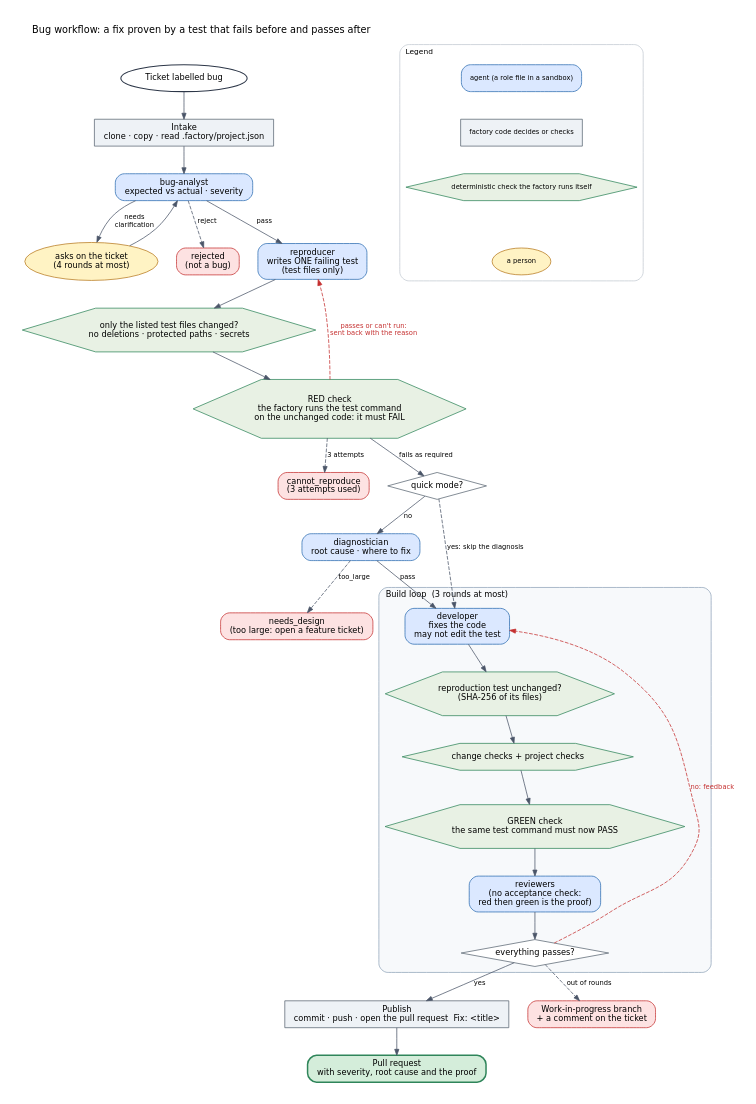
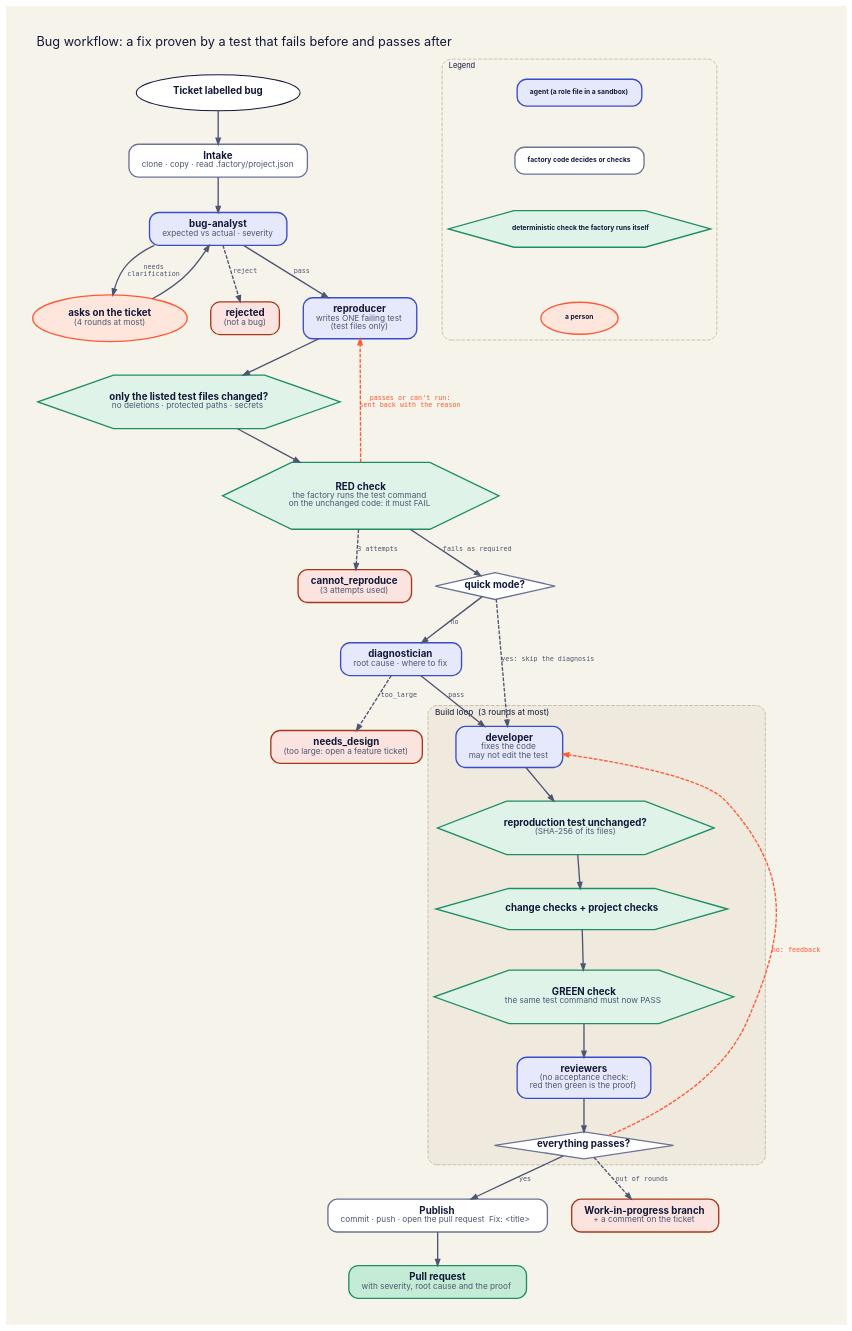
One commit to ai-sdlc-factory/ai-sdlc-factory changed the diagram in docs/diagrams/bug-workflow.dot. Above: the diagram before and after it, drawn with Graphviz. The commit also changed 24 other files, not shown here.

First line of the commit message:
Restyle docs diagrams to match the website

```diff
--- a/docs/diagrams/bug-workflow.dot
+++ b/docs/diagrams/bug-workflow.dot
@@ -1,59 +1,59 @@
 digraph bug_workflow {
-  graph [rankdir=TB, fontname="DejaVu Sans", fontsize=13, bgcolor=white, pad=0.3, nodesep=0.35, ranksep=0.5, labelloc=t, labeljust=l, compound=true];
-  node  [fontname="DejaVu Sans", fontsize=11, shape=box, style="rounded,filled", margin="0.15,0.08", fillcolor="#eef2f6", color="#5b6773"];
-  edge  [fontname="DejaVu Sans", fontsize=9, color="#4a5568", arrowsize=0.8];
+  graph [rankdir=TB, fontname="Inter",  bgcolor="#f6f3ea", pad=0.5, nodesep=0.45, ranksep=0.60, fontcolor="#12183a", fontsize=17, labelloc=t, labeljust=l, compound=true];
+  node  [fontname="Inter", fontsize=13, fontcolor="#12183a", penwidth=1.8, shape=box, style="rounded,filled", margin="0.24,0.14", fillcolor="#ffffff", color="#6b7494"];
+  edge  [fontname="DejaVu Sans Mono", fontsize=9, fontcolor="#4f5673", penwidth=1.8, arrowhead=normal, color="#4f5673", arrowsize=0.8];
   label="Bug workflow: a fix proven by a test that fails before and passes after";
 
-  start   [label="Ticket labelled bug", shape=oval, style="filled", fillcolor="#ffffff", color="#2d3748", penwidth=1.4];
-  intake  [label="Intake\nclone · copy · read .factory/project.json", shape=box, style="filled", fillcolor="#eef2f6", color="#5b6773"];
-  banalyst[label="bug-analyst\nexpected vs actual · severity", shape=box, style="rounded,filled", fillcolor="#dbe8ff", color="#2b6cb0"];
-  ask1    [label="asks on the ticket\n(4 rounds at most)", shape=ellipse, style="filled", fillcolor="#fff3c4", color="#b7791f"];
-  rej     [label="rejected\n(not a bug)", shape=box, style="rounded,filled", fillcolor="#fde2e2", color="#c53030"];
-  repro   [label="reproducer\nwrites ONE failing test\n(test files only)", shape=box, style="rounded,filled", fillcolor="#dbe8ff", color="#2b6cb0"];
-  files   [label="only the listed test files changed?\nno deletions · protected paths · secrets", shape=hexagon, style="filled", fillcolor="#e8f1e4", color="#2f855a"];
-  red     [label="RED check\nthe factory runs the test command\non the unchanged code: it must FAIL", shape=hexagon, style="filled", fillcolor="#e8f1e4", color="#2f855a"];
-  cannot  [label="cannot_reproduce\n(3 attempts used)", shape=box, style="rounded,filled", fillcolor="#fde2e2", color="#c53030"];
-  quick   [label="quick mode?", shape=diamond, style="filled", fillcolor="#ffffff", color="#5b6773", margin="0.05,0.05"];
-  diag    [label="diagnostician\nroot cause · where to fix", shape=box, style="rounded,filled", fillcolor="#dbe8ff", color="#2b6cb0"];
-  large   [label="needs_design\n(too large: open a feature ticket)", shape=box, style="rounded,filled", fillcolor="#fde2e2", color="#c53030"];
+  start   [label=<<B>Ticket labelled bug</B>>, shape=oval, style="filled", fillcolor="#ffffff", color="#12183a", penwidth=1.4];
+  intake  [label=<<B>Intake</B><BR/><FONT COLOR="#4f5673" POINT-SIZE="11">clone · copy · read .factory/project.json</FONT>>, shape=box, style="rounded,filled", fillcolor="#ffffff", color="#6b7494"];
+  banalyst[label=<<B>bug-analyst</B><BR/><FONT COLOR="#4f5673" POINT-SIZE="11">expected vs actual · severity</FONT>>, shape=box, style="rounded,filled", fillcolor="#e6e9fb", color="#3b4cca"];
+  ask1    [label=<<B>asks on the ticket</B><BR/><FONT COLOR="#4f5673" POINT-SIZE="11">(4 rounds at most)</FONT>>, shape=ellipse, style="filled", fillcolor="#ffe6dd", color="#ff5a36"];
+  rej     [label=<<B>rejected</B><BR/><FONT COLOR="#4f5673" POINT-SIZE="11">(not a bug)</FONT>>, shape=box, style="rounded,filled", fillcolor="#fbe3df", color="#a8381b"];
+  repro   [label=<<B>reproducer</B><BR/><FONT COLOR="#4f5673" POINT-SIZE="11">writes ONE failing test</FONT><BR/><FONT COLOR="#4f5673" POINT-SIZE="11">(test files only)</FONT>>, shape=box, style="rounded,filled", fillcolor="#e6e9fb", color="#3b4cca"];
+  files   [label=<<B>only the listed test files changed?</B><BR/><FONT COLOR="#4f5673" POINT-SIZE="11">no deletions · protected paths · secrets</FONT>>, shape=hexagon, style="filled", fillcolor="#dff3e9", color="#1f8f63"];
+  red     [label=<<B>RED check</B><BR/><FONT COLOR="#4f5673" POINT-SIZE="11">the factory runs the test command</FONT><BR/><FONT COLOR="#4f5673" POINT-SIZE="11">on the unchanged code: it must FAIL</FONT>>, shape=hexagon, style="filled", fillcolor="#dff3e9", color="#1f8f63"];
+  cannot  [label=<<B>cannot_reproduce</B><BR/><FONT COLOR="#4f5673" POINT-SIZE="11">(3 attempts used)</FONT>>, shape=box, style="rounded,filled", fillcolor="#fbe3df", color="#a8381b"];
+  quick   [label=<<B>quick mode?</B>>, shape=diamond, style="filled", fillcolor="#ffffff", color="#6b7494", margin="0.05,0.05"];
+  diag    [label=<<B>diagnostician</B><BR/><FONT COLOR="#4f5673" POINT-SIZE="11">root cause · where to fix</FONT>>, shape=box, style="rounded,filled", fillcolor="#e6e9fb", color="#3b4cca"];
+  large   [label=<<B>needs_design</B><BR/><FONT COLOR="#4f5673" POINT-SIZE="11">(too large: open a feature ticket)</FONT>>, shape=box, style="rounded,filled", fillcolor="#fbe3df", color="#a8381b"];
 
   subgraph cluster_build {
-    label="Build loop  (3 rounds at most)"; style="rounded,filled"; color="#8fa3b8"; fillcolor="#f7f9fb"; fontsize=11;
-    developer[label="developer\nfixes the code\nmay not edit the test", shape=box, style="rounded,filled", fillcolor="#dbe8ff", color="#2b6cb0"];
-    tamper   [label="reproduction test unchanged?\n(SHA-256 of its files)", shape=hexagon, style="filled", fillcolor="#e8f1e4", color="#2f855a"];
-    gates    [label="change checks + project checks", shape=hexagon, style="filled", fillcolor="#e8f1e4", color="#2f855a"];
-    green    [label="GREEN check\nthe same test command must now PASS", shape=hexagon, style="filled", fillcolor="#e8f1e4", color="#2f855a"];
-    reviewers[label="reviewers\n(no acceptance check:\nred then green is the proof)", shape=box, style="rounded,filled", fillcolor="#dbe8ff", color="#2b6cb0"];
-    ok       [label="everything passes?", shape=diamond, style="filled", fillcolor="#ffffff", color="#5b6773", margin="0.05,0.05"];
+    label="Build loop  (3 rounds at most)"; style="rounded,filled,dashed"; color="#b9b29c"; fillcolor="#efeadd"; fontsize=11;
+    developer[label=<<B>developer</B><BR/><FONT COLOR="#4f5673" POINT-SIZE="11">fixes the code</FONT><BR/><FONT COLOR="#4f5673" POINT-SIZE="11">may not edit the test</FONT>>, shape=box, style="rounded,filled", fillcolor="#e6e9fb", color="#3b4cca"];
+    tamper   [label=<<B>reproduction test unchanged?</B><BR/><FONT COLOR="#4f5673" POINT-SIZE="11">(SHA-256 of its files)</FONT>>, shape=hexagon, style="filled", fillcolor="#dff3e9", color="#1f8f63"];
+    gates    [label=<<B>change checks + project checks</B>>, shape=hexagon, style="filled", fillcolor="#dff3e9", color="#1f8f63"];
+    green    [label=<<B>GREEN check</B><BR/><FONT COLOR="#4f5673" POINT-SIZE="11">the same test command must now PASS</FONT>>, shape=hexagon, style="filled", fillcolor="#dff3e9", color="#1f8f63"];
+    reviewers[label=<<B>reviewers</B><BR/><FONT COLOR="#4f5673" POINT-SIZE="11">(no acceptance check:</FONT><BR/><FONT COLOR="#4f5673" POINT-SIZE="11">red then green is the proof)</FONT>>, shape=box, style="rounded,filled", fillcolor="#e6e9fb", color="#3b4cca"];
+    ok       [label=<<B>everything passes?</B>>, shape=diamond, style="filled", fillcolor="#ffffff", color="#6b7494", margin="0.05,0.05"];
   }
-  publish [label="Publish\ncommit · push · open the pull request  Fix: <title>", shape=box, style="filled", fillcolor="#eef2f6", color="#5b6773"];
-  pr      [label="Pull request\nwith severity, root cause and the proof", shape=box, style="rounded,filled,bold", fillcolor="#d4edda", color="#2f855a"];
-  wip     [label="Work-in-progress branch\n+ a comment on the ticket", shape=box, style="rounded,filled", fillcolor="#fde2e2", color="#c53030"];
+  publish [label=<<B>Publish</B><BR/><FONT COLOR="#4f5673" POINT-SIZE="11">commit · push · open the pull request  Fix: &lt;title&gt;</FONT>>, shape=box, style="rounded,filled", fillcolor="#ffffff", color="#6b7494"];
+  pr      [label=<<B>Pull request</B><BR/><FONT COLOR="#4f5673" POINT-SIZE="11">with severity, root cause and the proof</FONT>>, shape=box, style="rounded,filled,bold", fillcolor="#c4ebd5", color="#1f8f63"];
+  wip     [label=<<B>Work-in-progress branch</B><BR/><FONT COLOR="#4f5673" POINT-SIZE="11">+ a comment on the ticket</FONT>>, shape=box, style="rounded,filled", fillcolor="#fbe3df", color="#a8381b"];
 
   start -> intake -> banalyst;
   banalyst -> ask1 [label="needs\nclarification"]; ask1 -> banalyst;
   banalyst -> rej [style=dashed, label="reject"];
   banalyst -> repro [label="pass"];
   repro -> files -> red;
-  red -> repro [label="passes or can't run:\nsent back with the reason", style=dashed, color="#c53030", fontcolor="#c53030"];
+  red -> repro [label="passes or can't run:\nsent back with the reason", style=dashed, color="#ff5a36", fontcolor="#ff5a36"];
   red -> cannot [label="3 attempts", style=dashed];
   red -> quick [label="fails as required"];
   quick -> diag [label="no"];
   quick -> developer [label="yes: skip the diagnosis", style=dashed];
   diag -> large [label="too_large", style=dashed];
   diag -> developer [label="pass"];
   developer -> tamper -> gates -> green -> reviewers -> ok;
   ok -> publish [label="yes"];
-  ok -> developer [label="no: feedback", constraint=false, style=dashed, color="#c53030", fontcolor="#c53030"];
+  ok -> developer [label="no: feedback", constraint=false, style=dashed, color="#ff5a36", fontcolor="#ff5a36"];
   publish -> pr;
   ok -> wip [label="out of rounds", style=dashed];
 
   subgraph cluster_legend {
-    label="Legend"; style="rounded"; color="#c3cad2"; fontsize=10; rank=sink;
-    bul1 [label="agent (a role file in a sandbox)", shape=box, style="rounded,filled", fillcolor="#dbe8ff", color="#2b6cb0", fontsize=9];
-    bul2 [label="factory code decides or checks", shape=box, style="filled", fillcolor="#eef2f6", color="#5b6773", fontsize=9];
-    bul3 [label="deterministic check the factory runs itself", shape=hexagon, style="filled", fillcolor="#e8f1e4", color="#2f855a", fontsize=9];
-    bul4 [label="a person", shape=ellipse, style="filled", fillcolor="#fff3c4", color="#b7791f", fontsize=9];
+    label="Legend"; style="rounded,dashed"; color="#b9b29c"; fontsize=10; rank=sink;
+    bul1 [label=<<B>agent (a role file in a sandbox)</B>>, shape=box, style="rounded,filled", fillcolor="#e6e9fb", color="#3b4cca", fontsize=9];
+    bul2 [label=<<B>factory code decides or checks</B>>, shape=box, style="rounded,filled", fillcolor="#ffffff", color="#6b7494", fontsize=9];
+    bul3 [label=<<B>deterministic check the factory runs itself</B>>, shape=hexagon, style="filled", fillcolor="#dff3e9", color="#1f8f63", fontsize=9];
+    bul4 [label=<<B>a person</B>>, shape=ellipse, style="filled", fillcolor="#ffe6dd", color="#ff5a36", fontsize=9];
     bul1 -> bul2 -> bul3 -> bul4 [style=invis];
   }
 }
```
